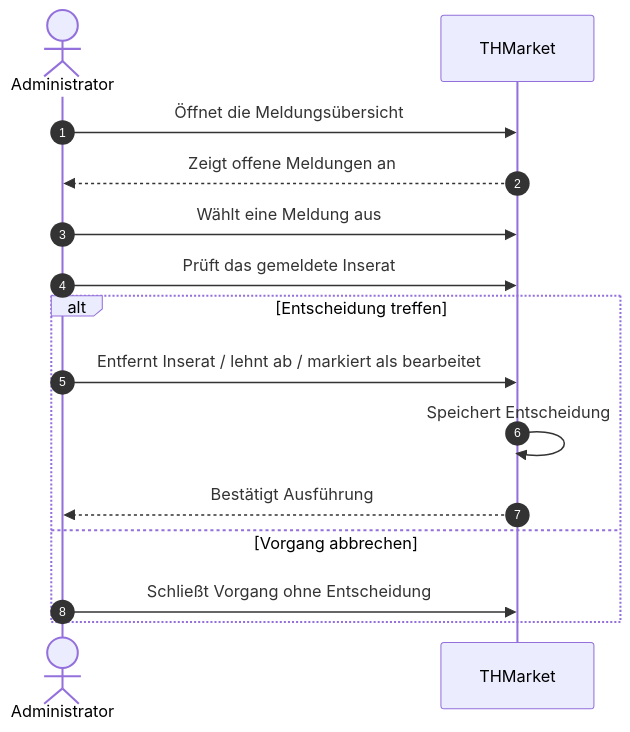
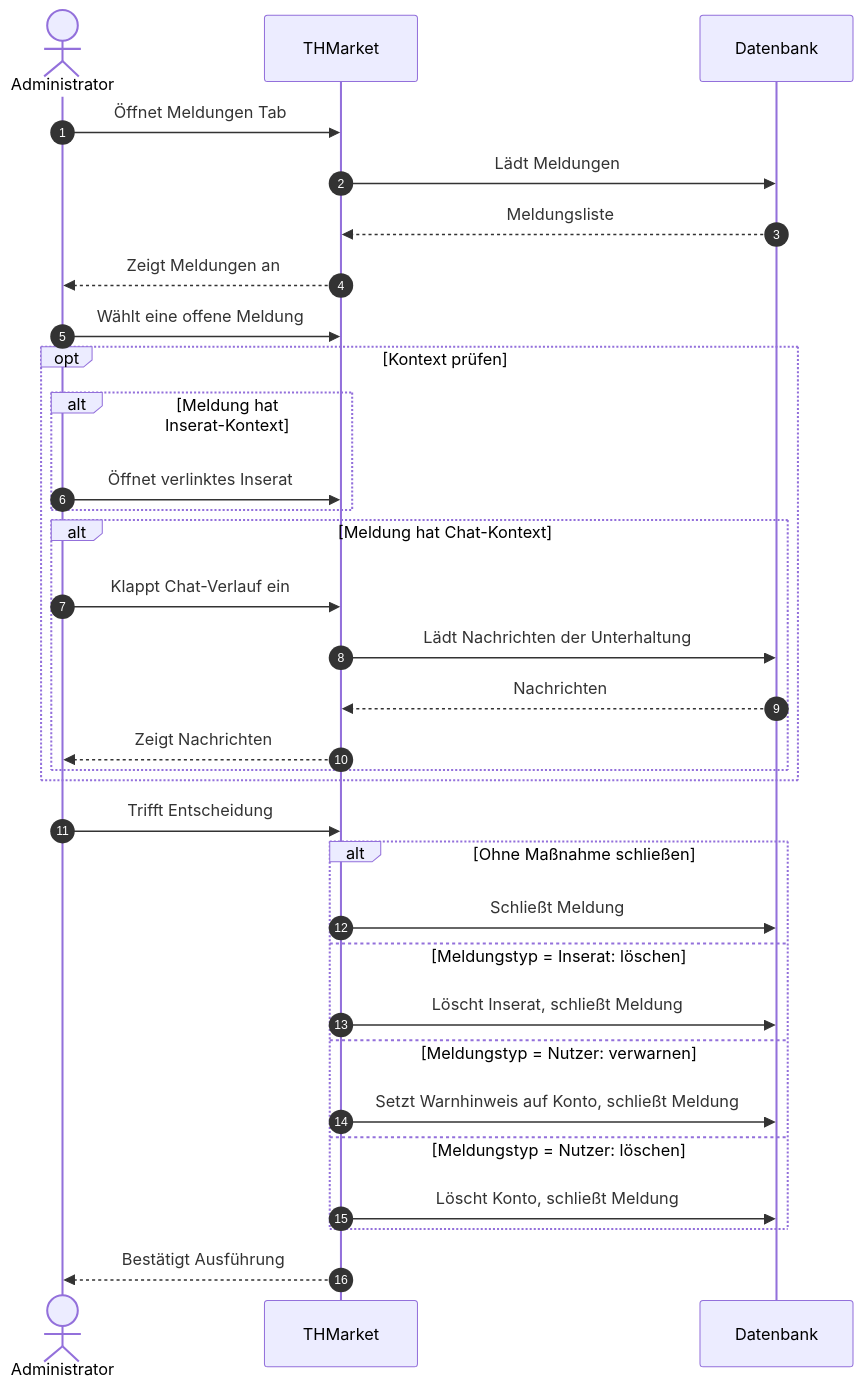
Before and after one commit to PatilYash0110/THMarket: the diagram in docs/spec/diagrams-code/f2-uc11-meldungen_verwalten.mermaid, drawn with Mermaid. The commit also changed 17 other files, not shown here.

Commit message:
Diagramme aktualisiert, UC13-16 und weitere Diagramme ergänzt

```diff
--- a/docs/spec/diagrams-code/f2-uc11-meldungen_verwalten.mermaid
+++ b/docs/spec/diagrams-code/f2-uc11-meldungen_verwalten.mermaid
@@ -1,17 +1,37 @@
 sequenceDiagram
     autonumber
     actor Admin as Administrator
     participant System as THMarket
-    
-    Admin->>System: Öffnet die Meldungsübersicht
-    System-->>Admin: Zeigt offene Meldungen an
-    Admin->>System: Wählt eine Meldung aus
-    Admin->>System: Prüft das gemeldete Inserat
-    
-    alt Entscheidung treffen
-        Admin->>System: Entfernt Inserat / lehnt ab / markiert als bearbeitet
-        System->>System: Speichert Entscheidung
-        System-->>Admin: Bestätigt Ausführung
-    else Vorgang abbrechen
-        Admin->>System: Schließt Vorgang ohne Entscheidung
+    participant DB as Datenbank
+
+    Admin->>System: Öffnet Meldungen Tab
+    System->>DB: Lädt Meldungen
+    DB-->>System: Meldungsliste
+    System-->>Admin: Zeigt Meldungen an
+    Admin->>System: Wählt eine offene Meldung
+
+    opt Kontext prüfen
+        alt Meldung hat Inserat-Kontext
+            Admin->>System: Öffnet verlinktes Inserat
+        end
+        alt Meldung hat Chat-Kontext
+            Admin->>System: Klappt Chat-Verlauf ein
+            System->>DB: Lädt Nachrichten der Unterhaltung
+            DB-->>System: Nachrichten
+            System-->>Admin: Zeigt Nachrichten
+        end
     end
+
+    Admin->>System: Trifft Entscheidung
+
+    alt Ohne Maßnahme schließen
+        System->>DB: Schließt Meldung
+    else Meldungstyp = Inserat: löschen
+        System->>DB: Löscht Inserat, schließt Meldung
+    else Meldungstyp = Nutzer: verwarnen
+        System->>DB: Setzt Warnhinweis auf Konto, schließt Meldung
+    else Meldungstyp = Nutzer: löschen
+        System->>DB: Löscht Konto, schließt Meldung
+    end
+
+    System-->>Admin: Bestätigt Ausführung
```
